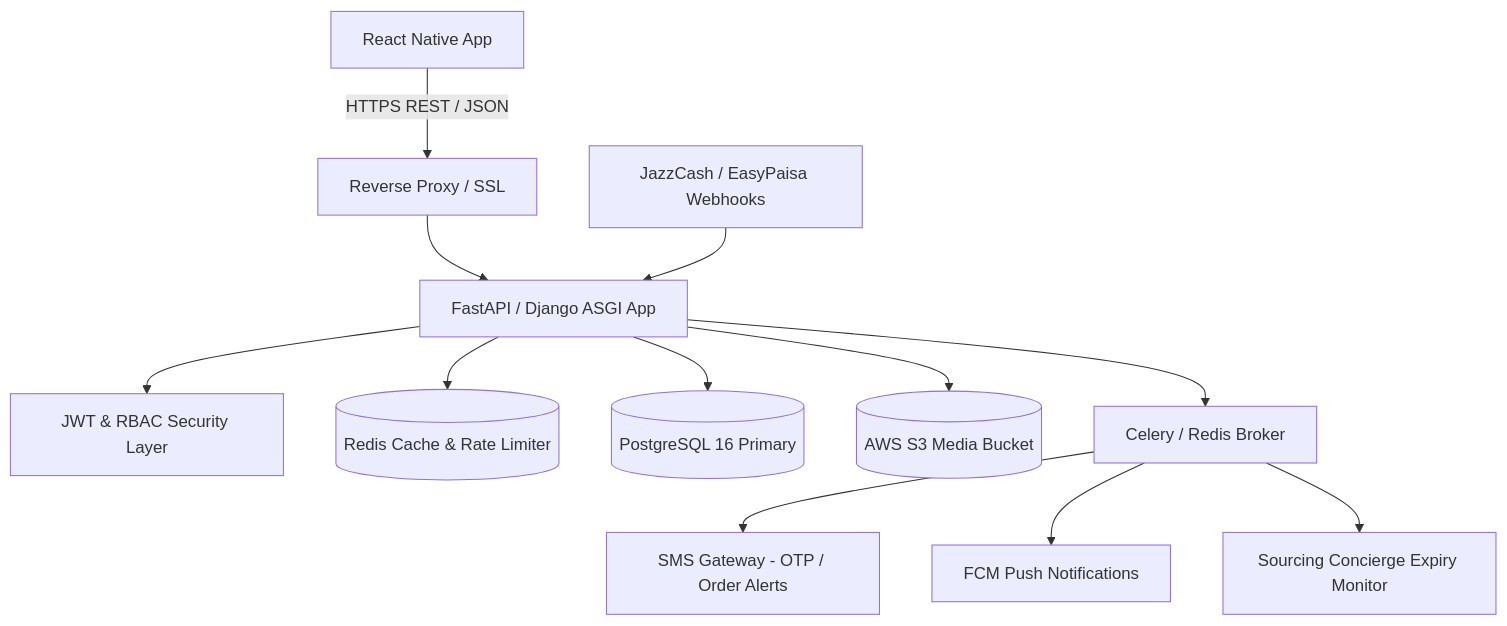
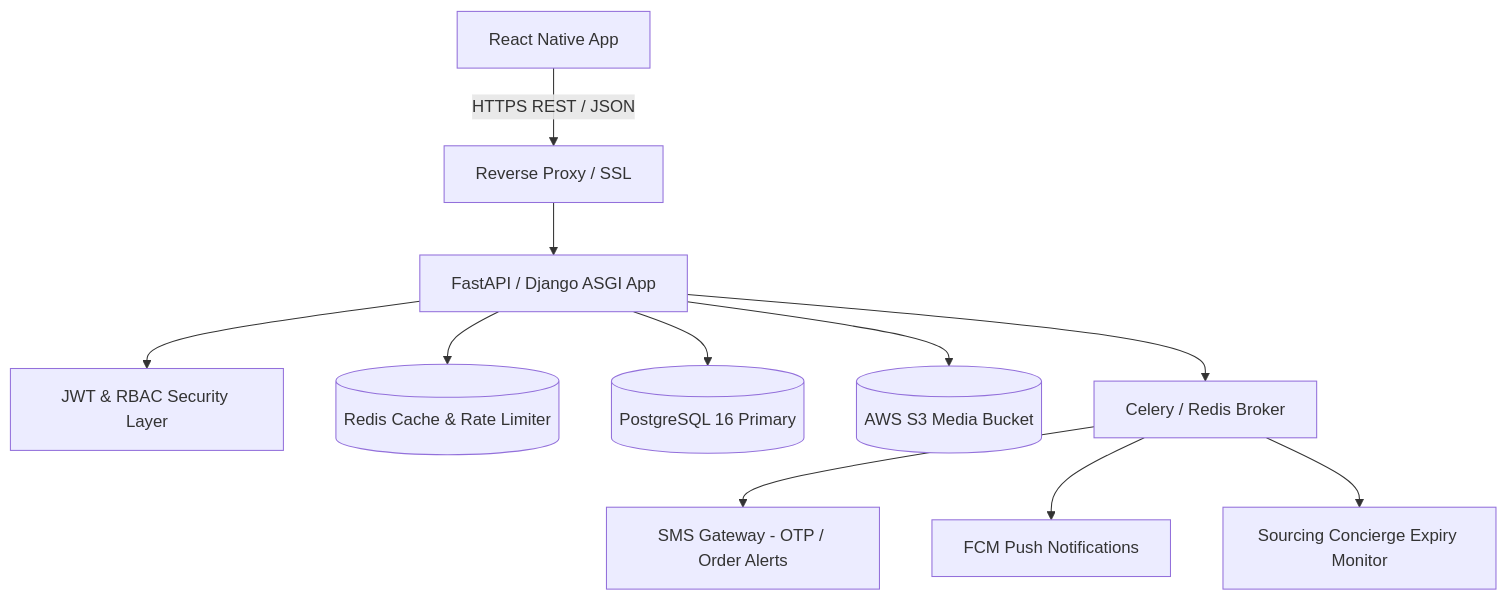
The first of 2 diagrams in backend_blueprint.md (zestymec/python-bazaura-app-backend), drawn with Mermaid before and after one commit. The commit also changed other lines of this file and 6 other files, not shown here.

Commit message:
refactor: remove payment gateway fields and related code, transitioning to Cash on Delivery only

````diff
--- a/backend_blueprint.md
+++ b/backend_blueprint.md
@@ -23,14 +23,13 @@
 ```mermaid
 flowchart TD
     Client[React Native App] -->|HTTPS REST / JSON| NGINX[Reverse Proxy / SSL]
     NGINX --> API[FastAPI / Django ASGI App]
     API --> Auth[JWT & RBAC Security Layer]
     API --> Cache[(Redis Cache & Rate Limiter)]
     API --> DB[(PostgreSQL 16 Primary)]
     API --> Storage[(AWS S3 Media Bucket)]
     API --> Queue[Celery / Redis Broker]
     Queue --> Worker1[SMS Gateway - OTP / Order Alerts]
     Queue --> Worker2[FCM Push Notifications]
     Queue --> Worker3[Sourcing Concierge Expiry Monitor]
-    Gateway[JazzCash / EasyPaisa Webhooks] --> API
 ```
````
